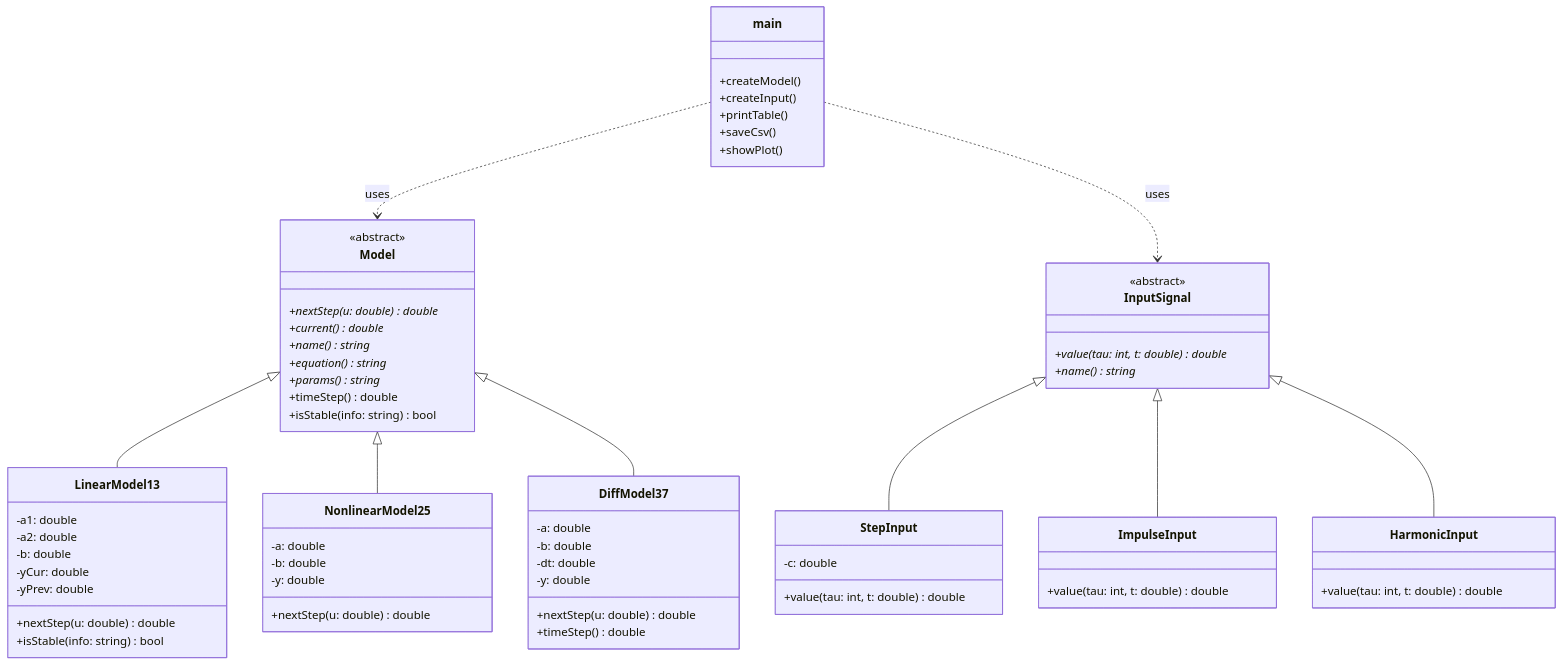
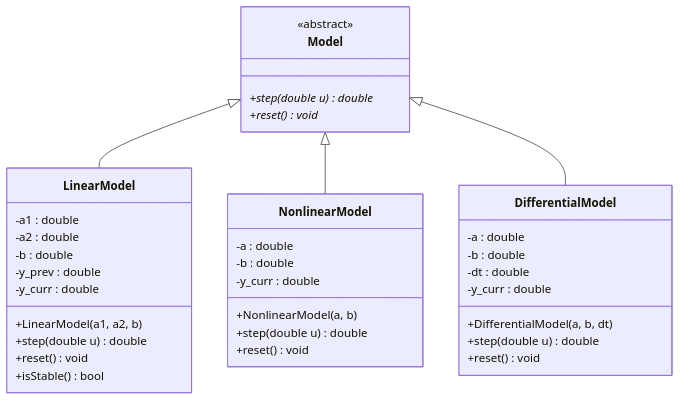
The diagram in trunk/ii02903/task_01/doc/UML.md (brstu/OTIS-2026), drawn with Mermaid before and after one commit. The commit also changed other lines of this file and 14 other files, not shown here.

````diff
--- a/trunk/ii02903/task_01/doc/UML.md
+++ b/trunk/ii02903/task_01/doc/UML.md
@@ -5,67 +3,43 @@
 ```mermaid
 classDiagram
     class Model {
         <<abstract>>
-        +nextStep(u: double) double*
-        +current() double*
-        +name() string*
-        +equation() string*
-        +params() string*
-        +timeStep() double
-        +isStable(info: string) bool
-    }
-    class LinearModel13 {
-        -a1: double
-        -a2: double
-        -b: double
-        -yCur: double
-        -yPrev: double
-        +nextStep(u: double) double
-        +isStable(info: string) bool
-    }
-    class NonlinearModel25 {
-        -a: double
-        -b: double
-        -y: double
-        +nextStep(u: double) double
-    }
-    class DiffModel37 {
-        -a: double
-        -b: double
-        -dt: double
-        -y: double
-        +nextStep(u: double) double
-        +timeStep() double
-    }
-    class InputSignal {
-        <<abstract>>
-        +value(tau: int, t: double) double*
-        +name() string*
-    }
-    class StepInput {
-        -c: double
-        +value(tau: int, t: double) double
-    }
-    class ImpulseInput {
-        +value(tau: int, t: double) double
-    }
-    class HarmonicInput {
-        +value(tau: int, t: double) double
-    }
-    class main {
-        +createModel()
-        +createInput()
-        +printTable()
-        +saveCsv()
-        +showPlot()
+        +step(double u) double*
+        +reset() void*
     }
 
-    Model <|-- LinearModel13
-    Model <|-- NonlinearModel25
-    Model <|-- DiffModel37
-    InputSignal <|-- StepInput
-    InputSignal <|-- ImpulseInput
-    InputSignal <|-- HarmonicInput
-    main ..> Model : uses
-    main ..> InputSignal : uses
+    class LinearModel {
+        -a1 : double
+        -a2 : double
+        -b : double
+        -y_prev : double
+        -y_curr : double
+        +LinearModel(a1, a2, b)
+        +step(double u) double
+        +reset() void
+        +isStable() bool
+    }
+
+    class NonlinearModel {
+        -a : double
+        -b : double
+        -y_curr : double
+        +NonlinearModel(a, b)
+        +step(double u) double
+        +reset() void
+    }
+
+    class DifferentialModel {
+        -a : double
+        -b : double
+        -dt : double
+        -y_curr : double
+        +DifferentialModel(a, b, dt)
+        +step(double u) double
+        +reset() void
+    }
+
+    Model <|-- LinearModel
+    Model <|-- NonlinearModel
+    Model <|-- DifferentialModel
 ```
````
